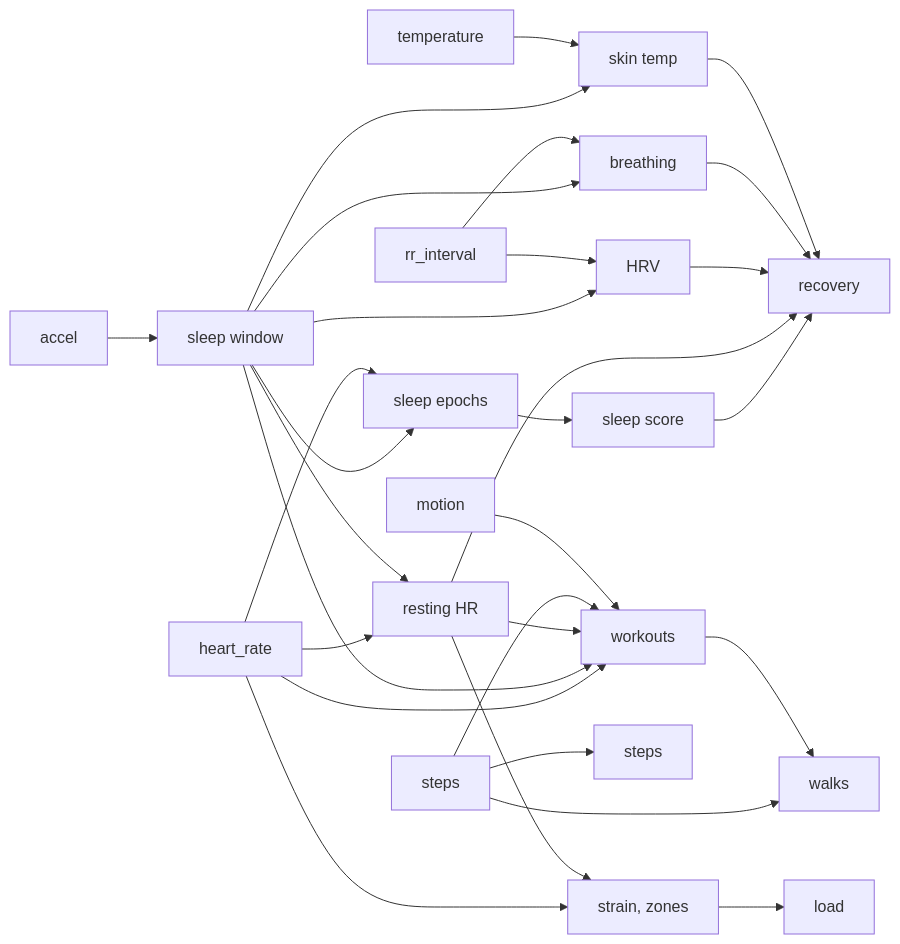
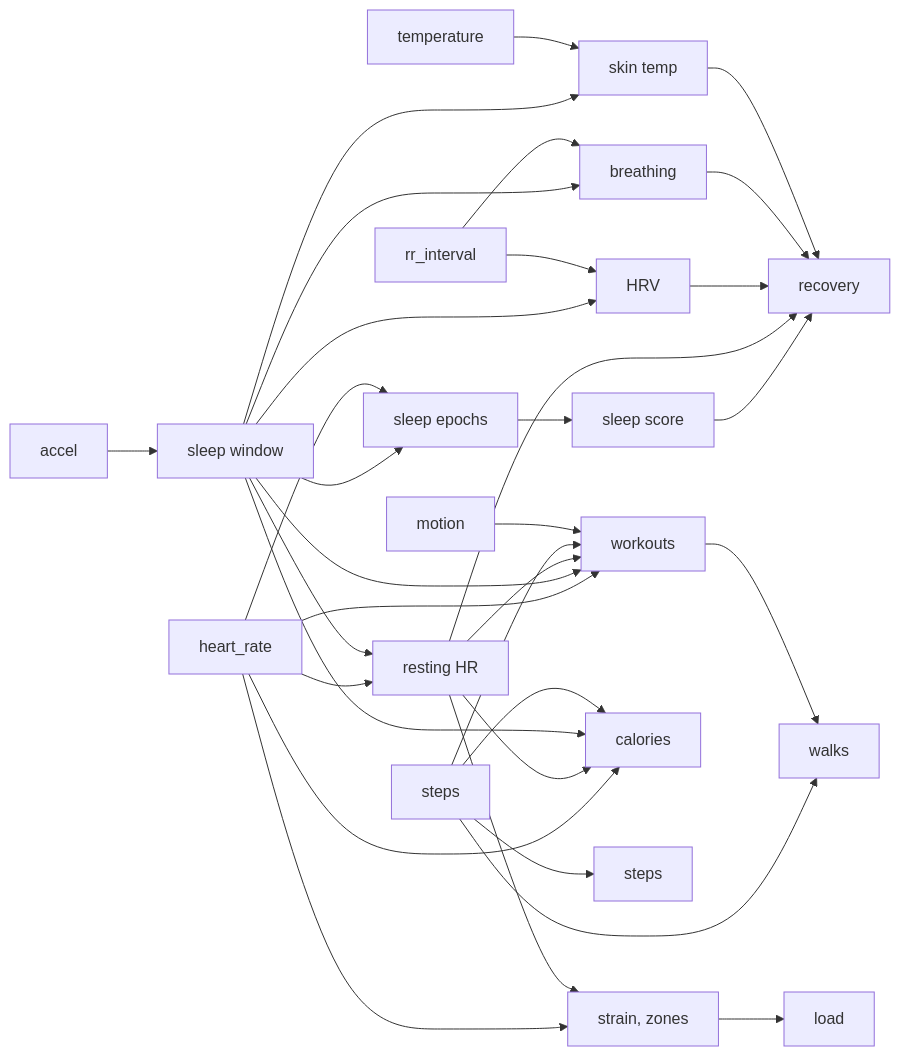
Before and after one commit to pkrshnan/dashboardify: the diagram in docs/health-metrics.md, drawn with Mermaid. The commit also changed other lines of this file and 10 other files, not shown here.

````diff
--- a/docs/health-metrics.md
+++ b/docs/health-metrics.md
@@ -8,14 +8,15 @@
 ```mermaid
 flowchart LR
   A[accel] --> S[sleep window] --> E[sleep epochs] --> SS[sleep score] --> REC[recovery]
   HR[heart_rate] --> E & R[resting HR] & ST[strain, zones] & W[workouts]
   S --> R & H[HRV] & B[breathing] & T[skin temp] & W
   RR[rr_interval] --> H & B
   TMP[temperature] --> T
   R & H & B & T --> REC
   R --> ST & W
   ST --> L[load]
-  STP[steps] --> STEPS[steps] & W & WK[walks]
+  HR & R & S --> CAL[calories]
+  STP[steps] --> STEPS[steps] & W & WK[walks] & CAL
   MOT[motion] --> W
   W --> WK
 ```
````
